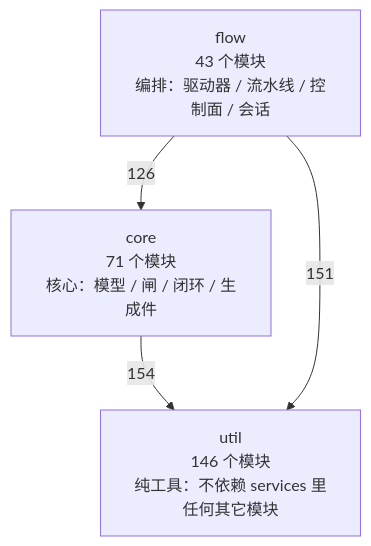
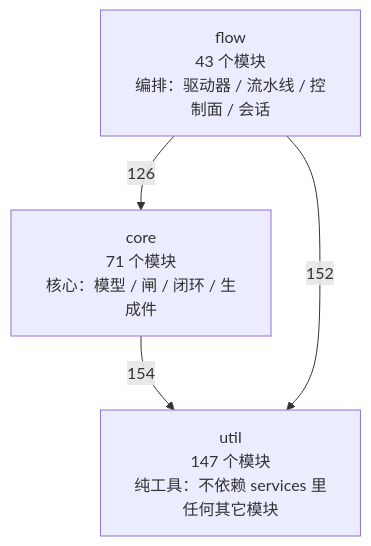
Before and after one commit to 2686521696/WhyBuddy: the first of 4 diagrams in docs/SlideRule V6.2 架构图（自动生成）.md, drawn with Mermaid. The commit also changed other lines of this file and 14 other files, not shown here.

````diff
--- a/docs/SlideRule V6.2 架构图（自动生成）.md
+++ b/docs/SlideRule V6.2 架构图（自动生成）.md
@@ -50,9 +50,9 @@
 ```mermaid
 flowchart TB
-  util["util<br/>146 个模块<br/>纯工具：不依赖 services 里任何其它模块"]
+  util["util<br/>147 个模块<br/>纯工具：不依赖 services 里任何其它模块"]
   core["core<br/>71 个模块<br/>核心：模型 / 闸 / 闭环 / 生成件"]
   flow["flow<br/>43 个模块<br/>编排：驱动器 / 流水线 / 控制面 / 会话"]
   core -->|154| util
   flow -->|126| core
-  flow -->|151| util
+  flow -->|152| util
 ```
````
